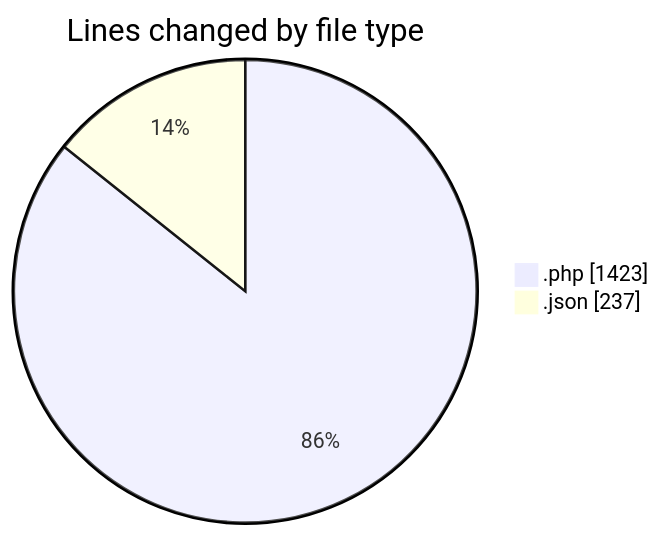
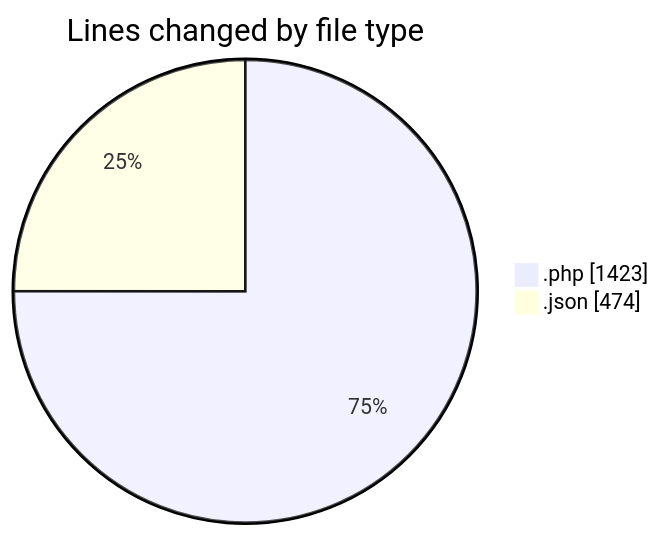
Before and after one commit to idhammustaqopulfikri/code-tracking: the first of 2 diagrams in 2025-06-22/studio-backend/README.md, drawn with Mermaid. The commit also changed other lines of this file and 1 other file, not shown here.

````diff
--- a/2025-06-22/studio-backend/README.md
+++ b/2025-06-22/studio-backend/README.md
@@ -25,6 +25,6 @@
 ```mermaid
 pie showData
 title Lines changed by file type
 ".php" : 1423
-".json" : 237
+".json" : 474
 ```
````
